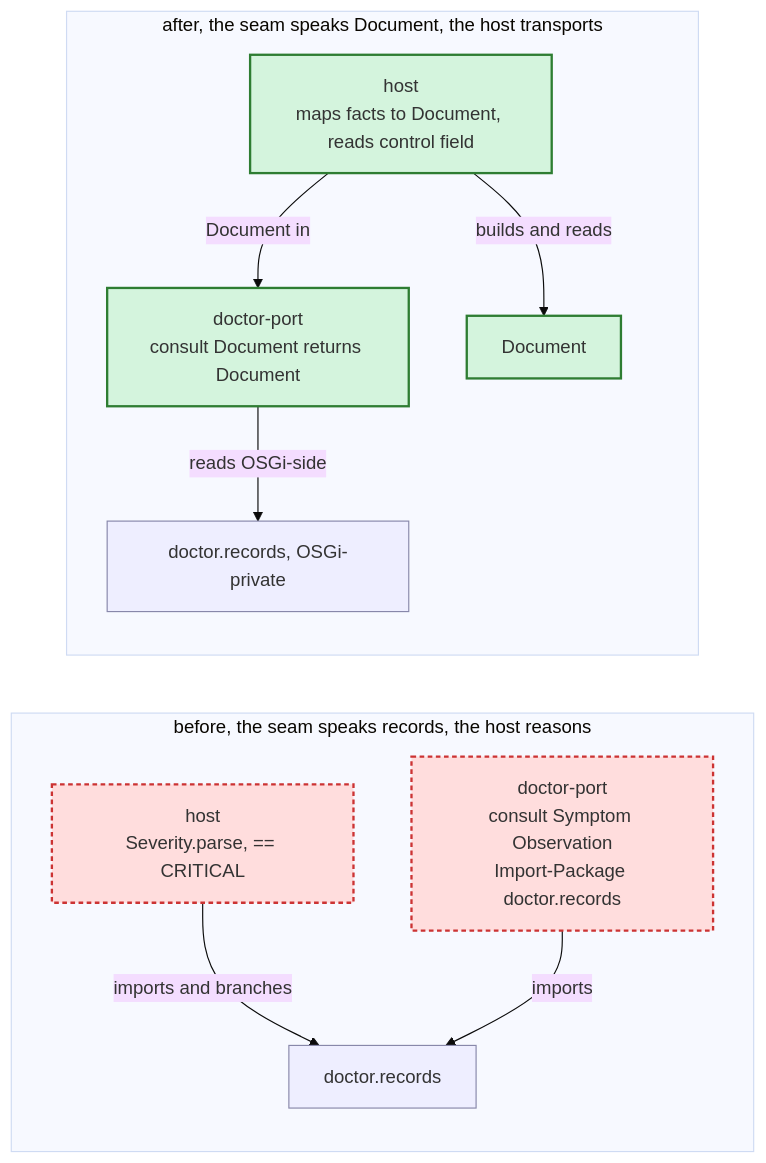
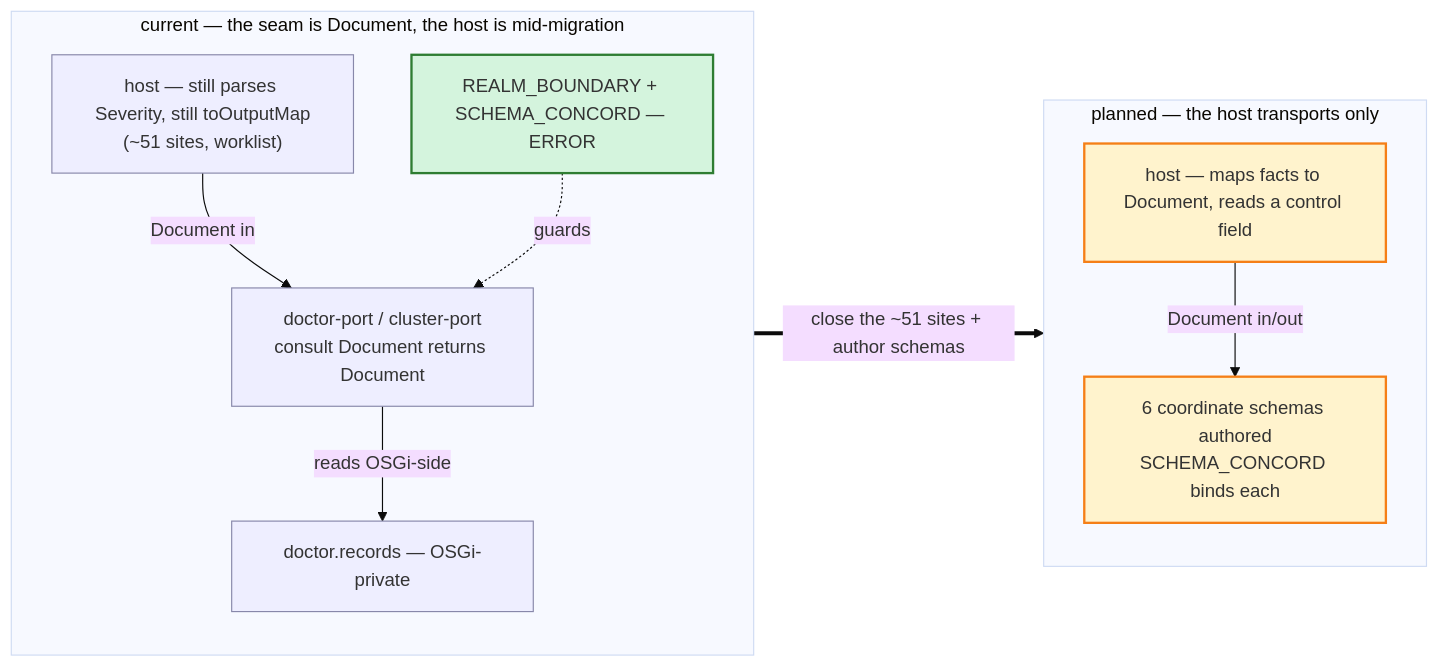
One commit to nxmatic/rke2lab changed the fifth of 5 diagrams in docs/architecture/atlas/doctor.adoc. Above: the diagram before and after it, drawn with Mermaid (base theme). The commit also changed other lines of this file and 10 other files, not shown here.

First line of the commit message:
docs(atlas): shift consumed transitions to current-state; preserve the multiplexor as critical future

```diff
--- a/docs/architecture/atlas/doctor.adoc
+++ b/docs/architecture/atlas/doctor.adoc
@@ -407,28 +362,28 @@
 [mermaid]
 ....
 flowchart LR
-    subgraph B2[before, the seam speaks records, the host reasons]
-        b_port["doctor-port<br/>consult Symptom Observation<br/>Import-Package doctor.records"]
-        b_host["host<br/>Severity.parse, == CRITICAL"]
-        b_rec2["doctor.records"]
-        b_host -->|imports and branches| b_rec2
-        b_port -->|imports| b_rec2
+    subgraph NOW[current — the seam is Document, the host is mid-migration]
+        n_port["doctor-port / cluster-port<br/>consult Document returns Document"]
+        n_rec["doctor.records — OSGi-private"]
+        n_gate["REALM_BOUNDARY + SCHEMA_CONCORD — ERROR"]
+        n_host["host — still parses Severity, still toOutputMap<br/>(~51 sites, worklist)"]
+        n_port -->|reads OSGi-side| n_rec
+        n_host -->|Document in| n_port
+        n_gate -.guards.-> n_port
     end
 
-    subgraph A2[after, the seam speaks Document, the host transports]
-        a_port["doctor-port<br/>consult Document returns Document"]
-        a_host["host<br/>maps facts to Document, reads control field"]
-        a_doc2["Document"]
-        a_rec2["doctor.records, OSGi-private"]
-        a_host -->|Document in| a_port
-        a_port -->|reads OSGi-side| a_rec2
-        a_host -->|builds and reads| a_doc2
+    subgraph NEXT[planned — the host transports only]
+        x_host["host — maps facts to Document, reads a control field"]
+        x_schema["6 coordinate schemas authored<br/>SCHEMA_CONCORD binds each"]
+        x_host -->|Document in/out| x_schema
     end
 
-    classDef built fill:#eef,stroke:#88a,stroke-width:1px;
-    classDef new fill:#d4f4dd,stroke:#2e7d32,stroke-width:2px;
-    classDef gone fill:#fdd,stroke:#c33,stroke-width:2px,stroke-dasharray:4 3;
-    class b_rec2,a_rec2 built;
-    class b_port,b_host gone;
-    class a_port,a_host,a_doc2 new;
+    NOW ==>|"close the ~51 sites + author schemas"| NEXT
+
+    classDef now fill:#eef,stroke:#88a,stroke-width:1px;
+    classDef gate fill:#d4f4dd,stroke:#2e7d32,stroke-width:2px;
+    classDef next fill:#fff3cd,stroke:#f57f17,stroke-width:2px;
+    class n_port,n_rec,n_host now;
+    class n_gate gate;
+    class x_host,x_schema next;
 ....
```
